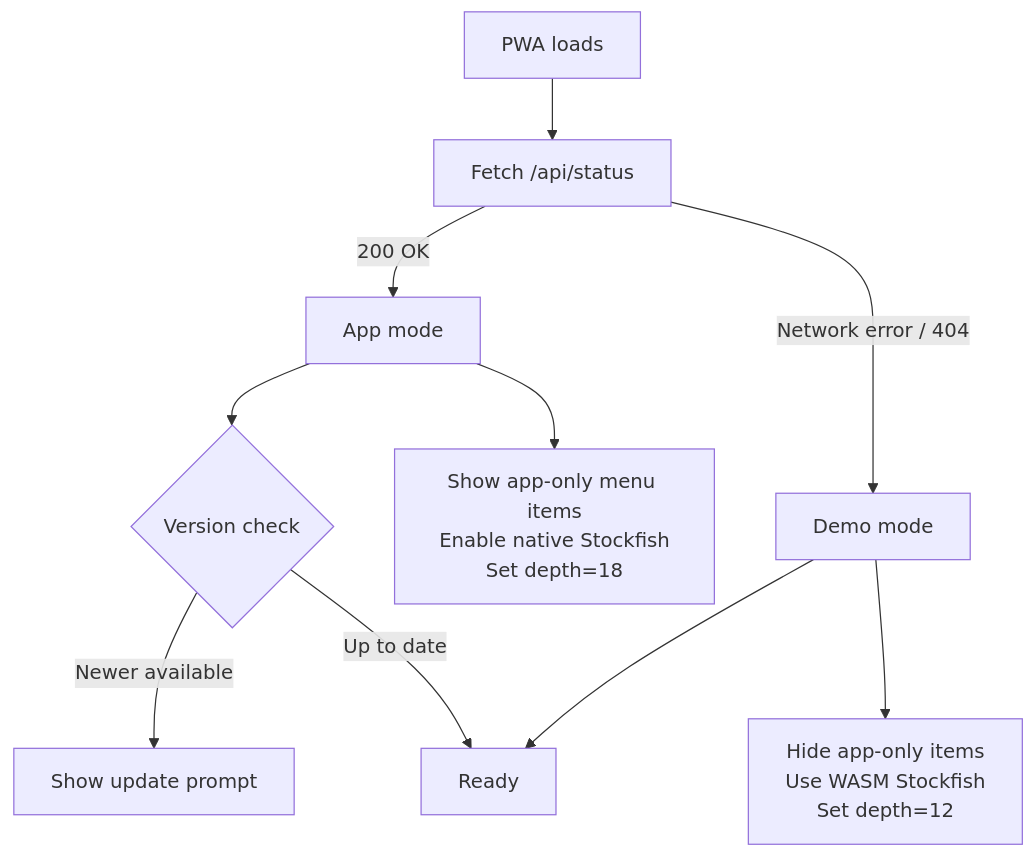
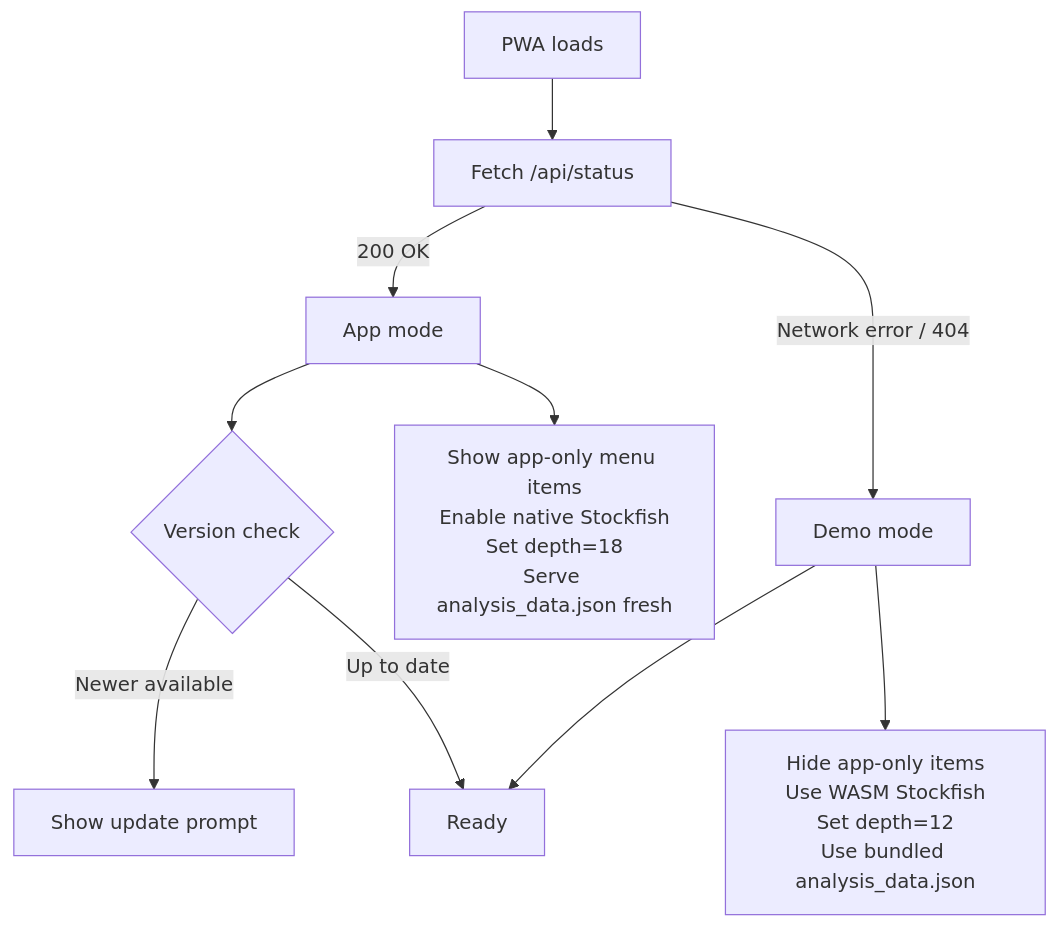
The second of 4 diagrams in docs/flows/system-flows.md (Bobain/chess-self-coach), drawn with Mermaid before and after one commit. The commit also changed other lines of this file and 6 other files, not shown here.

````diff
--- a/docs/flows/system-flows.md
+++ b/docs/flows/system-flows.md
@@ -79,14 +80,14 @@
 ```mermaid
 flowchart TD
     START[PWA loads] --> FETCH[Fetch /api/status]
     FETCH -->|200 OK| APP[App mode]
     FETCH -->|Network error / 404| DEMO[Demo mode]
 
-    APP --> SHOW[Show app-only menu items<br/>Enable native Stockfish<br/>Set depth=18]
-    DEMO --> HIDE[Hide app-only items<br/>Use WASM Stockfish<br/>Set depth=12]
+    APP --> SHOW[Show app-only menu items<br/>Enable native Stockfish<br/>Set depth=18<br/>Serve analysis_data.json fresh]
+    DEMO --> HIDE[Hide app-only items<br/>Use WASM Stockfish<br/>Set depth=12<br/>Use bundled analysis_data.json]
 
     APP --> VER{Version check}
     VER -->|Newer available| PROMPT[Show update prompt]
     VER -->|Up to date| READY[Ready]
     DEMO --> READY
 ```
````
